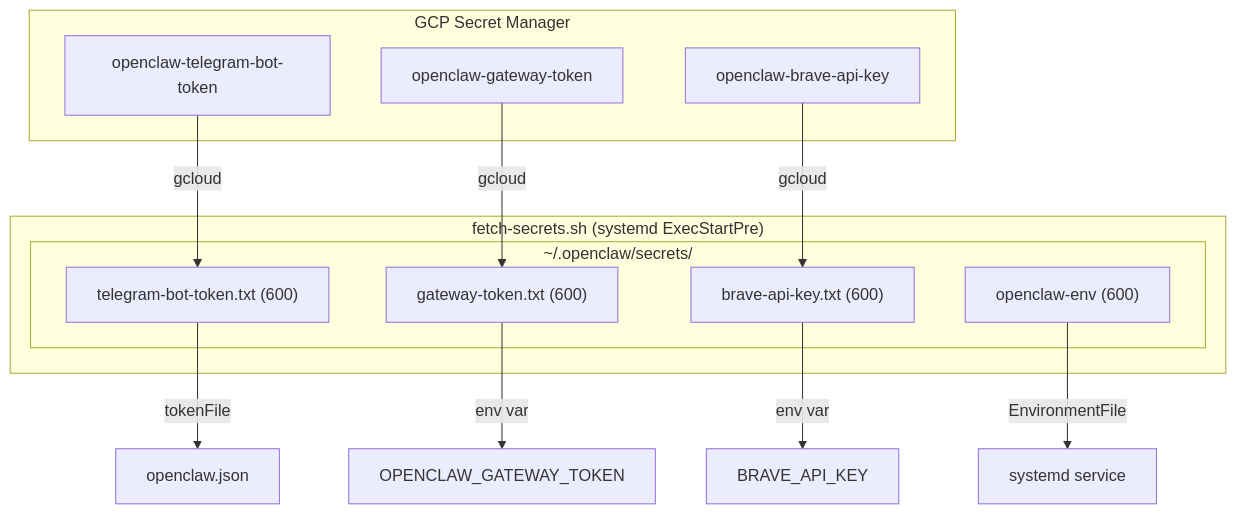
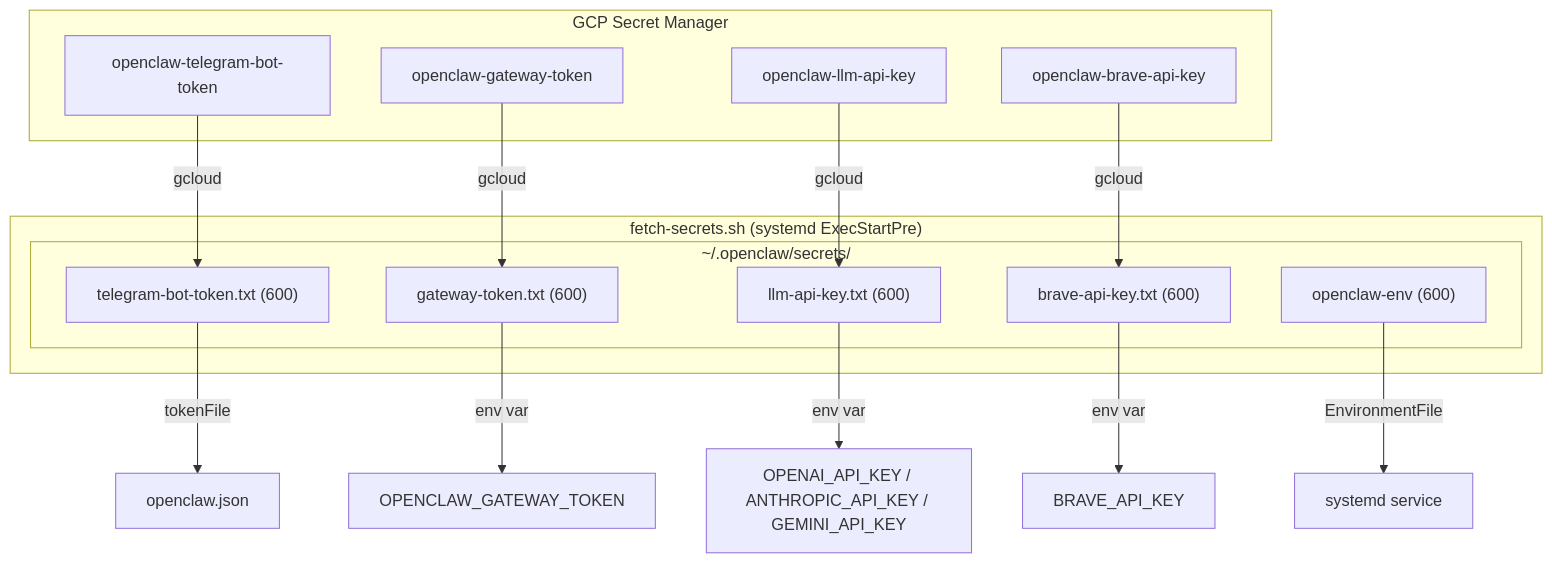
Before and after one commit to grcn-oce/openclaw-gcp-ctd: the second of 2 diagrams in openclaw-secure-configuration-guide.md, drawn with Mermaid. The commit also changed other lines of this file and 1 other file, not shown here.

Commit message:
Updated to use LiteLLM and GCE Service Account for authentication

````diff
--- a/openclaw-secure-configuration-guide.md
+++ b/openclaw-secure-configuration-guide.md
@@ -219,26 +332,30 @@
 ```mermaid
 graph TD
     subgraph SM["GCP Secret Manager"]
         T["openclaw-telegram-bot-token"]
         G["openclaw-gateway-token"]
+        L["openclaw-llm-api-key"]
         B["openclaw-brave-api-key"]
     end
 
     subgraph FS["fetch-secrets.sh (systemd ExecStartPre)"]
         subgraph Secrets["~/.openclaw/secrets/"]
             F1["telegram-bot-token.txt (600)"]
             F2["gateway-token.txt (600)"]
-            F3["brave-api-key.txt (600)"]
-            F4["openclaw-env (600)"]
+            F3["llm-api-key.txt (600)"]
+            F4["brave-api-key.txt (600)"]
+            F5["openclaw-env (600)"]
         end
     end
 
     T -->|gcloud| F1
     G -->|gcloud| F2
-    B -->|gcloud| F3
+    L -->|gcloud| F3
+    B -->|gcloud| F4
 
     F1 -->|tokenFile| Config["openclaw.json"]
     F2 -->|env var| Env["OPENCLAW_GATEWAY_TOKEN"]
-    F3 -->|env var| BraveEnv["BRAVE_API_KEY"]
-    F4 -->|EnvironmentFile| Systemd["systemd service"]
+    F3 -->|env var| LLMEnv["OPENAI_API_KEY / ANTHROPIC_API_KEY / GEMINI_API_KEY"]
+    F4 -->|env var| BraveEnv["BRAVE_API_KEY"]
+    F5 -->|EnvironmentFile| Systemd["systemd service"]
 ```
````
